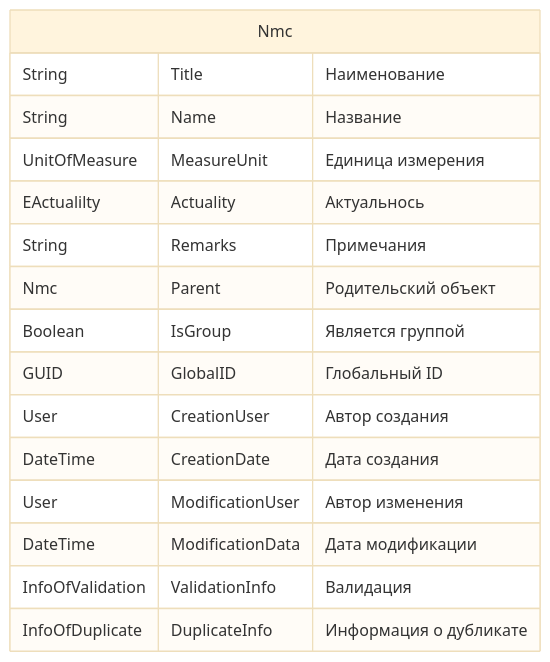
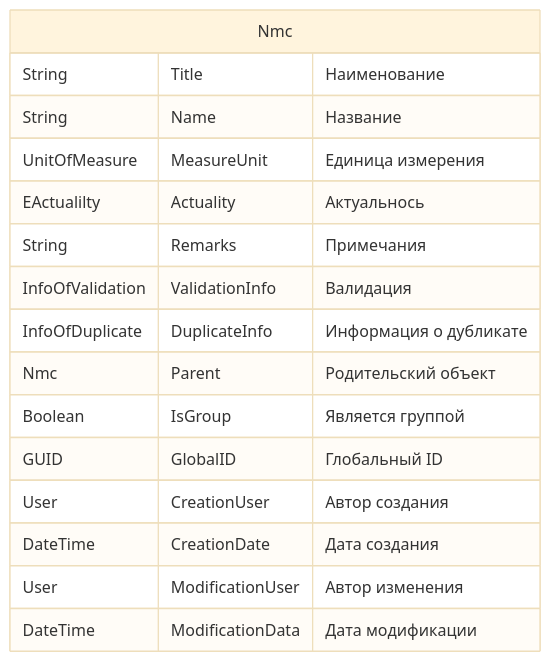
One commit to Zorin-Mykhailo/Kusto changed the first of 5 diagrams in Kusto/Documents/2313902__ContractorsCheck/DataModel.md. Above: the diagram before and after it, drawn with Mermaid (base theme).

````diff
--- a/Kusto/Documents/2313902__ContractorsCheck/DataModel.md
+++ b/Kusto/Documents/2313902__ContractorsCheck/DataModel.md
@@ -4,25 +4,22 @@
 ```mermaid
 erDiagram
   Nmc {    
     String Title "Наименование"    
     String Name "Название"    
     UnitOfMeasure MeasureUnit "Единица измерения"
     EActualilty Actuality "Актуальнось"
     String Remarks "Примечания"
     
+    InfoOfValidation ValidationInfo "Валидация"
+    InfoOfDuplicate DuplicateInfo "Информация о дубликате"
+    
     Nmc Parent "Родительский объект"
     Boolean IsGroup "Является группой"
     
     GUID GlobalID "Глобальный ID"
     User CreationUser "Автор создания"
     DateTime CreationDate "Дата создания"
     User ModificationUser "Автор изменения"
     DateTime ModificationData "Дата модификации"
-    
-    
-    InfoOfValidation ValidationInfo "Валидация"
-    
-    
-    InfoOfDuplicate DuplicateInfo "Информация о дубликате"
   }
 ```
````
